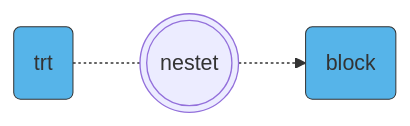
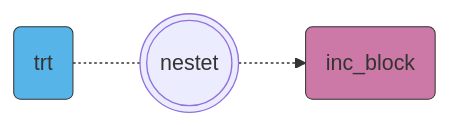
Before and after one commit to jkruppa/jkruppa.github.io: the sixth of 7 diagrams in experimental-design-advanced.qmd, drawn with Mermaid. The commit also changed other lines of this file and 133 other files, not shown here.

````diff
--- a/experimental-design-advanced.qmd
+++ b/experimental-design-advanced.qmd
@@ -649,8 +670,9 @@
 ```{mermaid}
 %%| label: fig-mermaid-incomplete-2
 %%| fig-width: 6
-%%| fig-cap: "text"
+%%| fig-cap: "Schema der Abhängigkeitsstruktur des *incomplete block design* für das 2-faktorielle *randomized complete block design*. Die gestrichelte Linie stellt die nicht vollständige Zuordnung der Behandlungsfaktoren zu den Blöcken dar. Daher sind die Blöcke `inc_block` nicht komplett."
 flowchart LR
-    C(trt):::factor -.- D(((nestet))) -.-> E(block):::factor
+    C(trt):::factor -.- D(((nestet))) -.-> E(inc_block):::inc_block
     classDef factor fill:#56B4E9,stroke:#333,stroke-width:0.75px
+    classDef inc_block fill:#CC79A7,stroke:#333,stroke-width:0.75px
 ```
````
